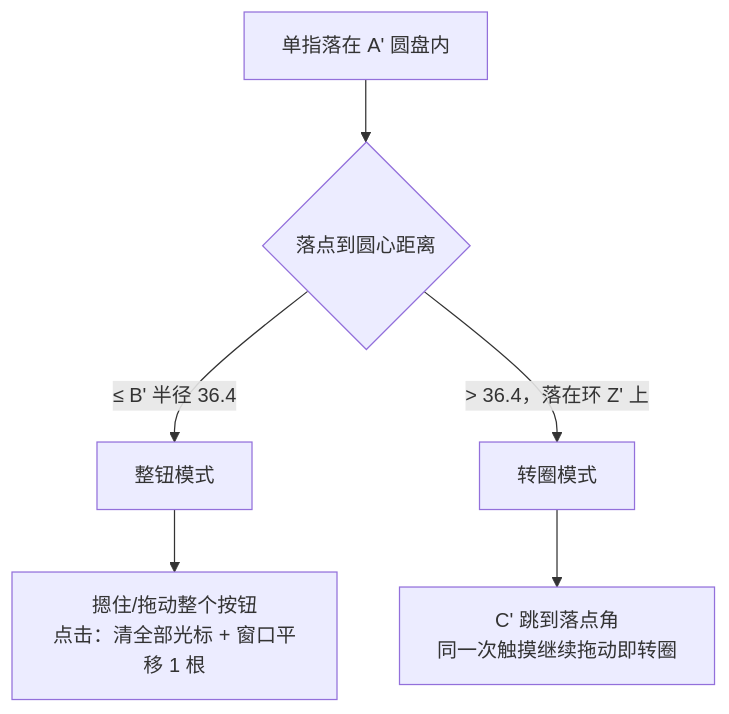
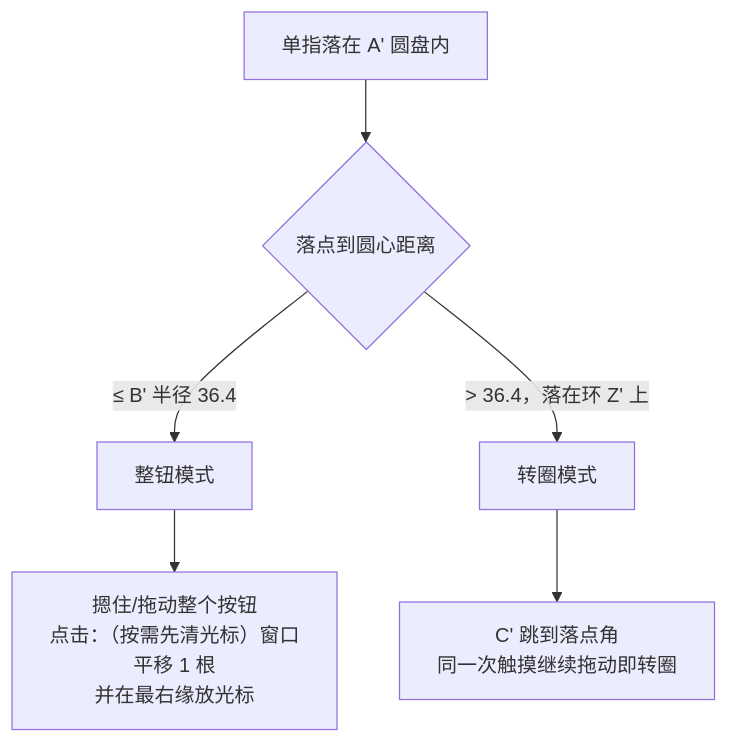
Before and after one commit to SunChuquin/Kline: the first of 2 diagrams in .trae/documents/accessory/modules/新按钮（转圈驱动光标）.md, drawn with Mermaid. The commit also changed other lines of this file and 5 other files, not shown here.

````diff
--- a/.trae/documents/accessory/modules/新按钮（转圈驱动光标）.md
+++ b/.trae/documents/accessory/modules/新按钮（转圈驱动光标）.md
@@ -23,8 +23,8 @@
 ```mermaid
 flowchart TB
     A[单指落在 A' 圆盘内] --> B{落点到圆心距离}
     B -->|"≤ B' 半径 36.4"| C[整钮模式]
     B -->|"> 36.4，落在环 Z' 上"| D[转圈模式]
-    C --> E[摁住/拖动整个按钮<br/>点击：清全部光标 + 窗口平移 1 根]
+    C --> E[摁住/拖动整个按钮<br/>点击：（按需先清光标）窗口平移 1 根<br/>并在最右缘放光标]
     D --> F[C' 跳到落点角<br/>同一次触摸继续拖动即转圈]
 ```
````
